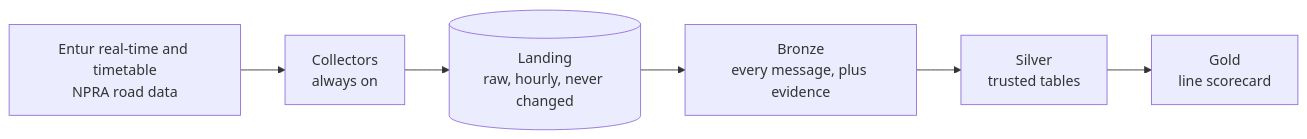
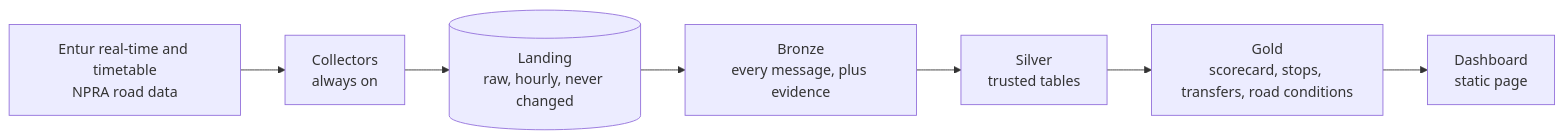
Before and after one commit to DanyGoT/dat535-group21: the diagram in README.md, drawn with Mermaid. The commit also changed other lines of this file and 25 other files, not shown here.

Commit message:
feat(gold): stop map, transfer chances and road conditions with a static dashboard

````diff
--- a/README.md
+++ b/README.md
@@ -9,8 +9,9 @@
 ```mermaid
 flowchart LR
     S[Entur real-time and timetable<br/>NPRA road data] --> C[Collectors<br/>always on]
     C --> L[(Landing<br/>raw, hourly, never changed)]
     L --> B[Bronze<br/>every message, plus evidence]
     B --> SI[Silver<br/>trusted tables]
-    SI --> G[Gold<br/>line scorecard]
+    SI --> G[Gold<br/>scorecard, stops, transfers, road conditions]
+    G --> D[Dashboard<br/>static page]
 ```
````
